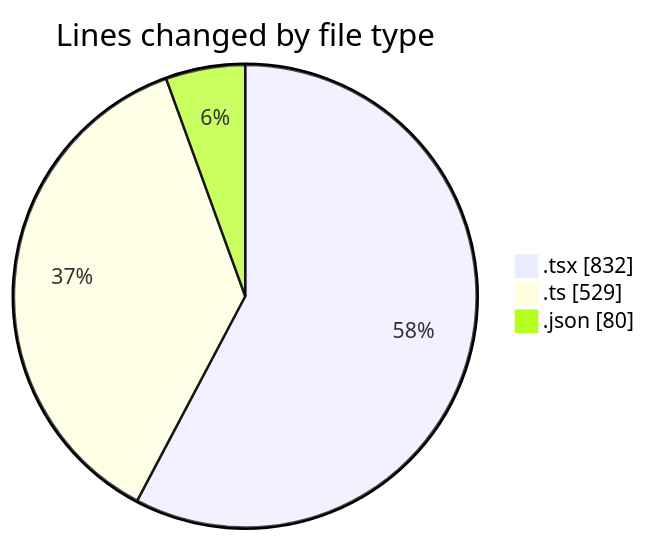
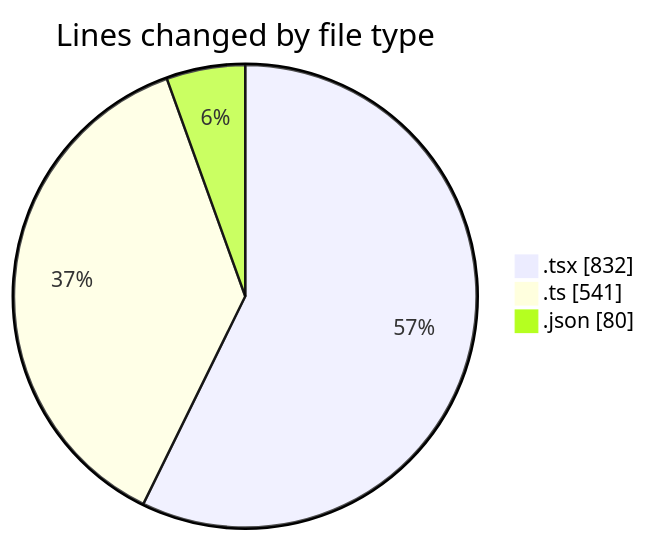
The first of 2 diagrams in 2026-03-25/nxtqube_webapp/README.md (nxtqubesakshisongat/code-tracking), drawn with Mermaid before and after one commit. The commit also changed other lines of this file and 1 other file, not shown here.

````diff
--- a/2026-03-25/nxtqube_webapp/README.md
+++ b/2026-03-25/nxtqube_webapp/README.md
@@ -25,7 +25,7 @@
 ```mermaid
 pie showData
 title Lines changed by file type
 ".tsx" : 832
-".ts" : 529
+".ts" : 541
 ".json" : 80
 ```
````
